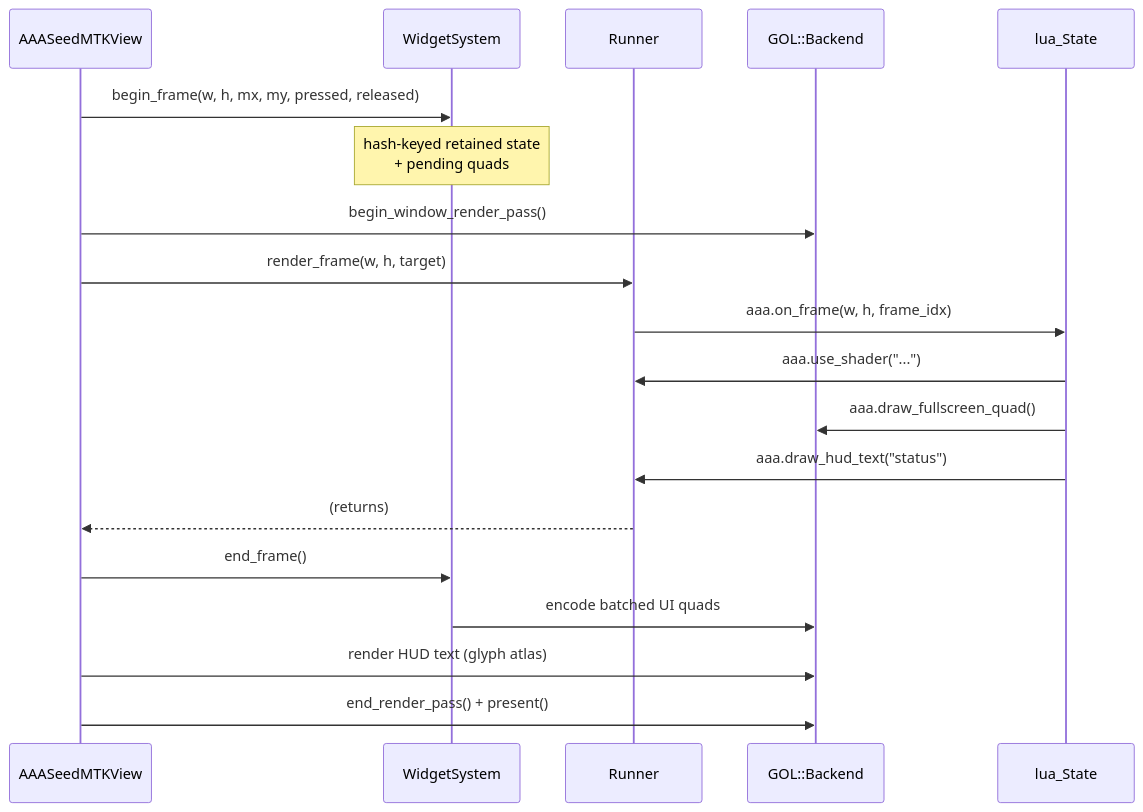
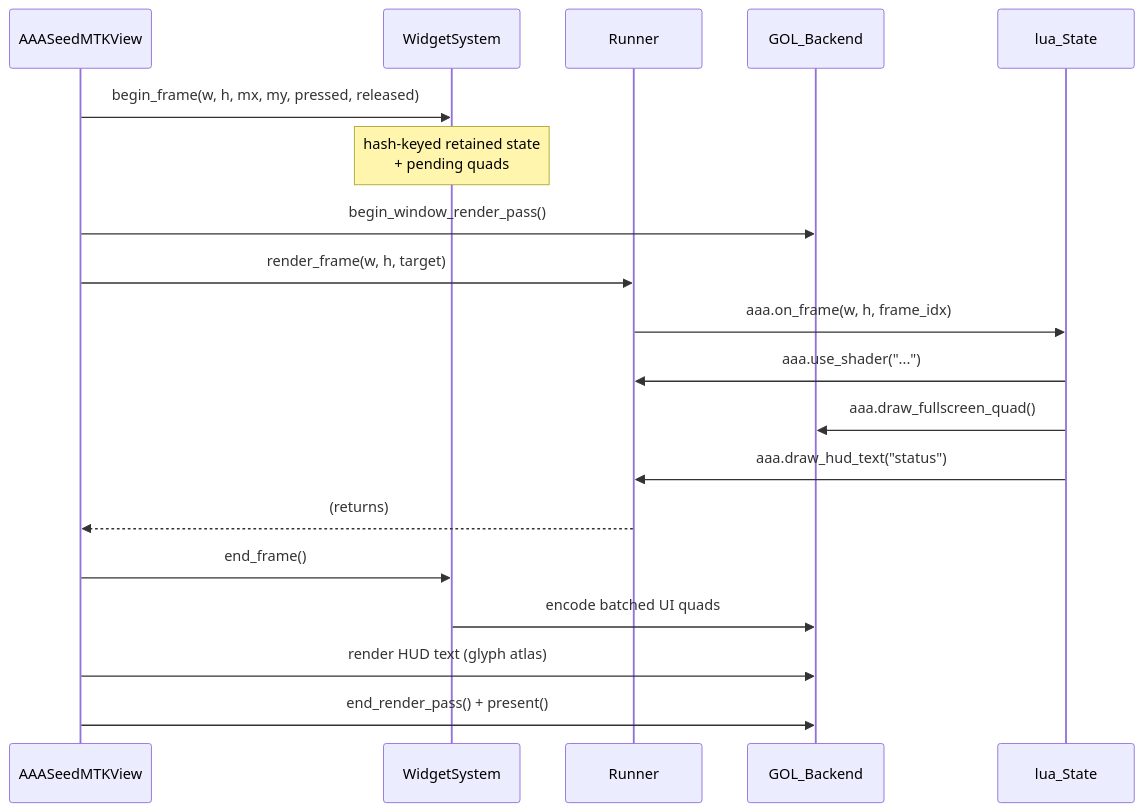
Before and after one commit to SeedeXR/aaaseed-for-mac: the second of 2 diagrams in docs/developer/architecture.md, drawn with Mermaid. The commit also changed other lines of this file and 2 other files, not shown here.

````diff
--- a/docs/developer/architecture.md
+++ b/docs/developer/architecture.md
@@ -122,22 +122,22 @@
 ```mermaid
 sequenceDiagram
     participant MTK as AAASeedMTKView
     participant W as WidgetSystem
     participant R as Runner
-    participant B as GOL::Backend
+    participant B as GOL_Backend
     participant Lua as lua_State
 
     MTK->>W: begin_frame(w, h, mx, my, pressed, released)
     Note over W: hash-keyed retained state<br/>+ pending quads
     MTK->>B: begin_window_render_pass()
     MTK->>R: render_frame(w, h, target)
     R->>Lua: aaa.on_frame(w, h, frame_idx)
     Lua->>R: aaa.use_shader("...")
     Lua->>B: aaa.draw_fullscreen_quad()
     Lua->>R: aaa.draw_hud_text("status")
     R-->>MTK: (returns)
     MTK->>W: end_frame()
     W->>B: encode batched UI quads
     MTK->>B: render HUD text (glyph atlas)
     MTK->>B: end_render_pass() + present()
 ```
````
